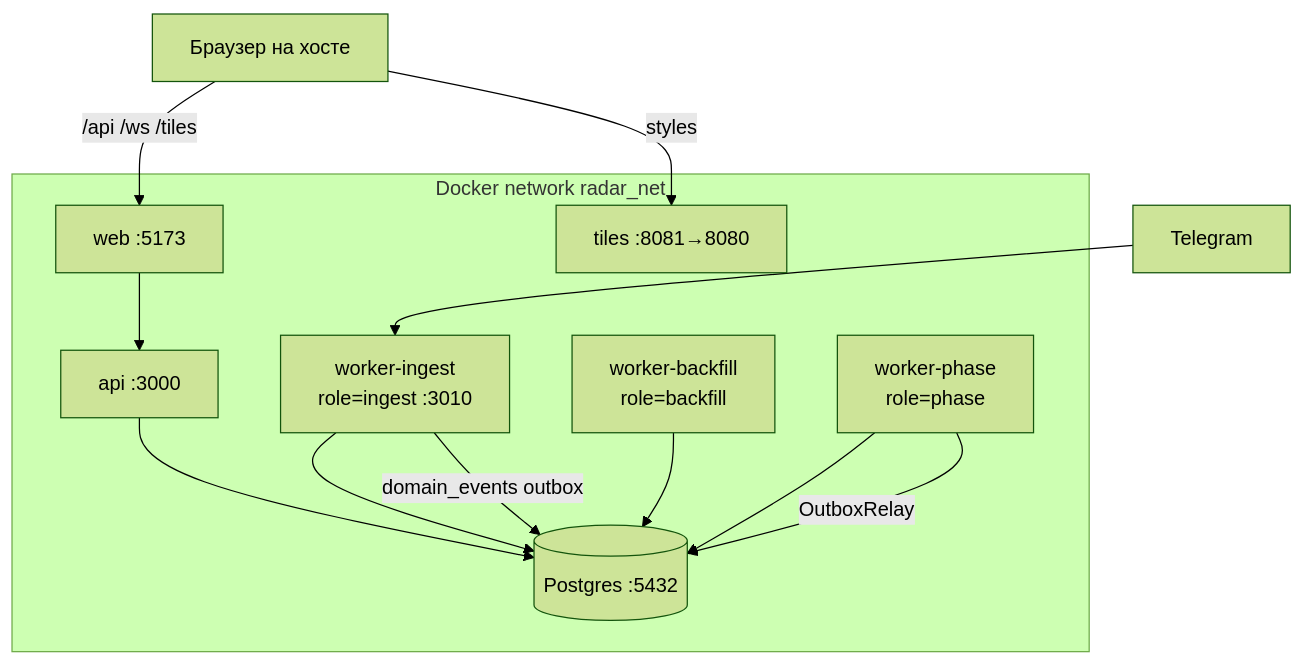
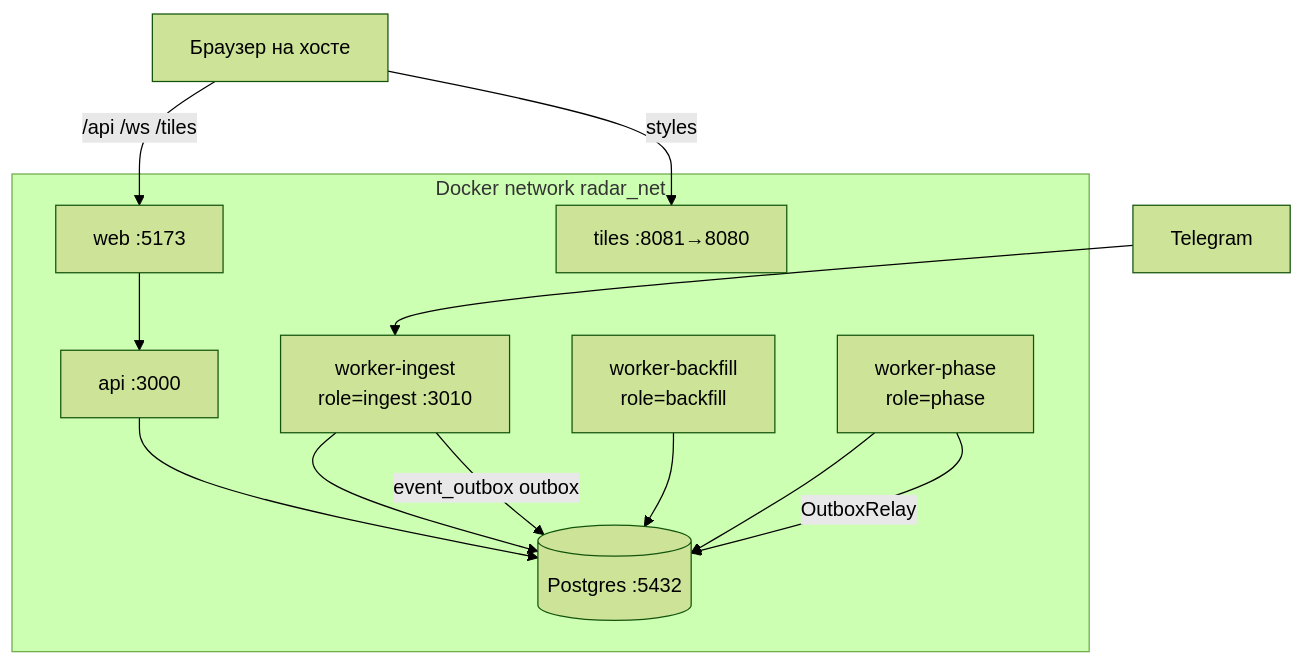
One commit to exclusiveLogin/radar changed the diagram in docs/docker-dev-stack.md. Above: the diagram before and after it, drawn with Mermaid (forest theme). The commit also changed other lines of this file and 312 other files, not shown here.

````diff
--- a/docs/docker-dev-stack.md
+++ b/docs/docker-dev-stack.md
@@ -32,25 +32,25 @@
 ```mermaid
 flowchart TB
   subgraph docker [Docker network radar_net]
     DB[(Postgres :5432)]
     API[api :3000]
     WEB[web :5173]
     WI[worker-ingest\nrole=ingest :3010]
     WB[worker-backfill\nrole=backfill]
     WP[worker-phase\nrole=phase]
     TS[tiles :8081→8080]
   end
   Browser[Браузер на хосте]
   TG[Telegram]
 
   Browser -->|/api /ws /tiles| WEB
   WEB --> API
   WI --> DB
   WB --> DB
   WP --> DB
   API --> DB
   TG --> WI
-  WI -->|domain_events outbox| DB
+  WI -->|event_outbox outbox| DB
   WP -->|OutboxRelay| DB
   Browser -->|styles| TS
 ```
````
